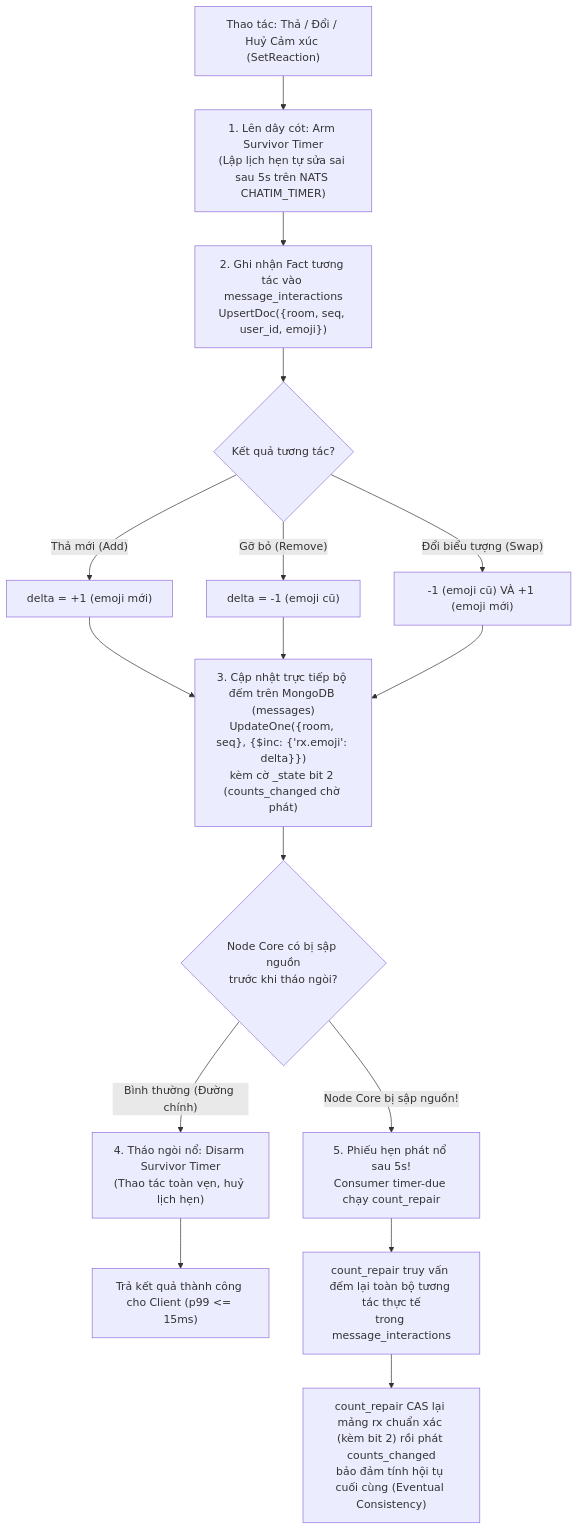
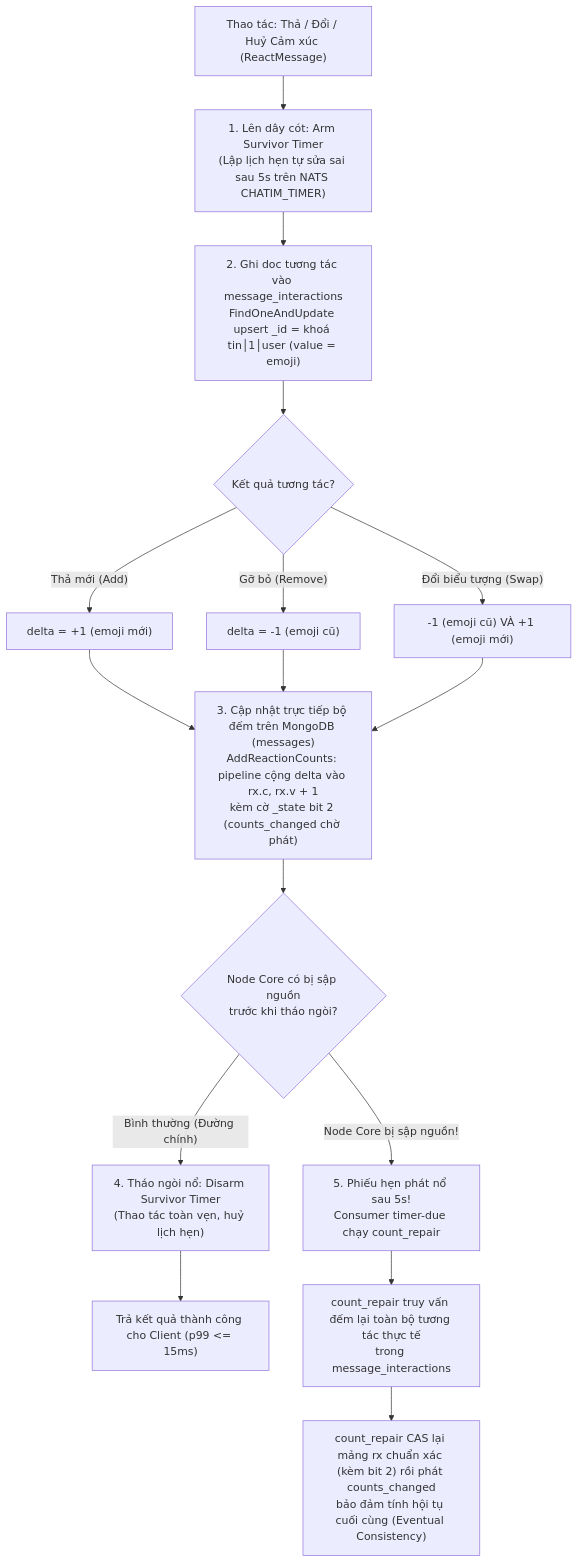
One commit to ivannguyendev/chatim changed the first of 3 diagrams in docs/modules/04-feature-reactions-pins-and-bookmarks.md. Above: the diagram before and after it, drawn with Mermaid. The commit also changed other lines of this file and 12 other files, not shown here.

````diff
--- a/docs/modules/04-feature-reactions-pins-and-bookmarks.md
+++ b/docs/modules/04-feature-reactions-pins-and-bookmarks.md
@@ -25,24 +25,24 @@
 ```mermaid
 flowchart TD
-    Req["Thao tác: Thả / Đổi / Huỷ Cảm xúc (SetReaction)"] --> ArmTimer["1. Lên dây cót: Arm Survivor Timer<br/>(Lập lịch hẹn tự sửa sai sau 5s trên NATS CHATIM_TIMER)"]
+    Req["Thao tác: Thả / Đổi / Huỷ Cảm xúc (ReactMessage)"] --> ArmTimer["1. Lên dây cót: Arm Survivor Timer<br/>(Lập lịch hẹn tự sửa sai sau 5s trên NATS CHATIM_TIMER)"]
 
-    ArmTimer --> UpsertInter["2. Ghi nhận Fact tương tác vào message_interactions<br/>UpsertDoc({room, seq, user_id, emoji})"]
+    ArmTimer --> UpsertInter["2. Ghi doc tương tác vào message_interactions<br/>FindOneAndUpdate upsert _id = khoá tin│1│user (value = emoji)"]
     UpsertInter --> CalcDelta{"Kết quả tương tác?"}
 
     CalcDelta -- "Thả mới (Add)" --> Inc["delta = +1 (emoji mới)"]
     CalcDelta -- "Gỡ bỏ (Remove)" --> Dec["delta = -1 (emoji cũ)"]
     CalcDelta -- "Đổi biểu tượng (Swap)" --> Swap["-1 (emoji cũ) VÀ +1 (emoji mới)"]
 
-    Inc --> UpdateMsg["3. Cập nhật trực tiếp bộ đếm trên MongoDB (messages)<br/>UpdateOne({room, seq}, {$inc: {'rx.emoji': delta}})<br/>kèm cờ _state bit 2 (counts_changed chờ phát)"]
+    Inc --> UpdateMsg["3. Cập nhật trực tiếp bộ đếm trên MongoDB (messages)<br/>AddReactionCounts: pipeline cộng delta vào rx.c, rx.v + 1<br/>kèm cờ _state bit 2 (counts_changed chờ phát)"]
     Dec --> UpdateMsg
     Swap --> UpdateMsg
 
     UpdateMsg --> CheckCrash{"Node Core có bị sập nguồn<br/>trước khi tháo ngòi?"}
 
     CheckCrash -- "Bình thường (Đường chính)" --> Disarm["4. Tháo ngòi nổ: Disarm Survivor Timer<br/>(Thao tác toàn vẹn, huỷ lịch hẹn)"]
     Disarm --> ReturnSuccess["Trả kết quả thành công cho Client (p99 <= 15ms)"]
 
     CheckCrash -- "Node Core bị sập nguồn!" --> TimerFires["5. Phiếu hẹn phát nổ sau 5s!<br/>Consumer timer-due chạy count_repair"]
     TimerFires --> Recount["count_repair truy vấn đếm lại toàn bộ tương tác thực tế<br/>trong message_interactions"]
     Recount --> CASFix["count_repair CAS lại mảng rx chuẩn xác (kèm bit 2) rồi phát counts_changed<br/>bảo đảm tính hội tụ cuối cùng (Eventual Consistency)"]
 ```
````
